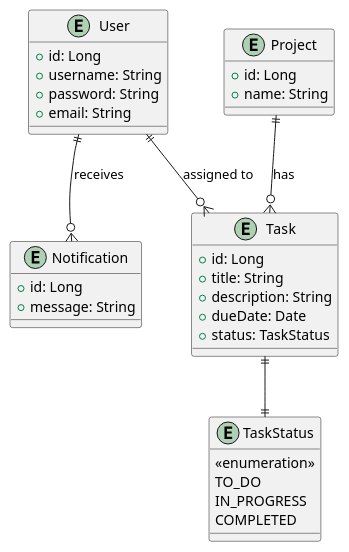
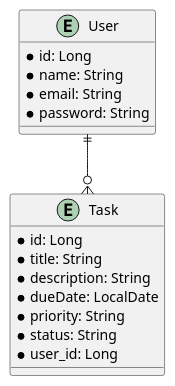
One commit to OsamaAlashri/OOAD changed the diagram in ERD.puml. Above: the diagram before and after it, drawn with PlantUML.

```diff
--- a/ERD.puml
+++ b/ERD.puml
@@ -1,38 +1,20 @@
 @startuml
 entity User {
-    + id: Long
-    + username: String
-    + password: String
-    + email: String
+    * id: Long
+    * name: String
+    * email: String
+    * password: String
 }
 
 entity Task {
-    + id: Long
-    + title: String
-    + description: String
-    + dueDate: Date
-    + status: TaskStatus
+    * id: Long
+    * title: String
+    * description: String
+    * dueDate: LocalDate
+    * priority: String
+    * status: String
+    * user_id: Long
 }
 
-entity TaskStatus {
-    <<enumeration>>
-    TO_DO
-    IN_PROGRESS
-    COMPLETED
-}
-
-entity Project {
-    + id: Long
-    + name: String
-}
-
-entity Notification {
-    + id: Long
-    + message: String
-}
-
-User ||--o{ Task : "assigned to"
-Task ||--|| TaskStatus
-Project ||--o{ Task : "has"
-User ||--o{ Notification : "receives"
+User ||--o{ Task
 @enduml
```
